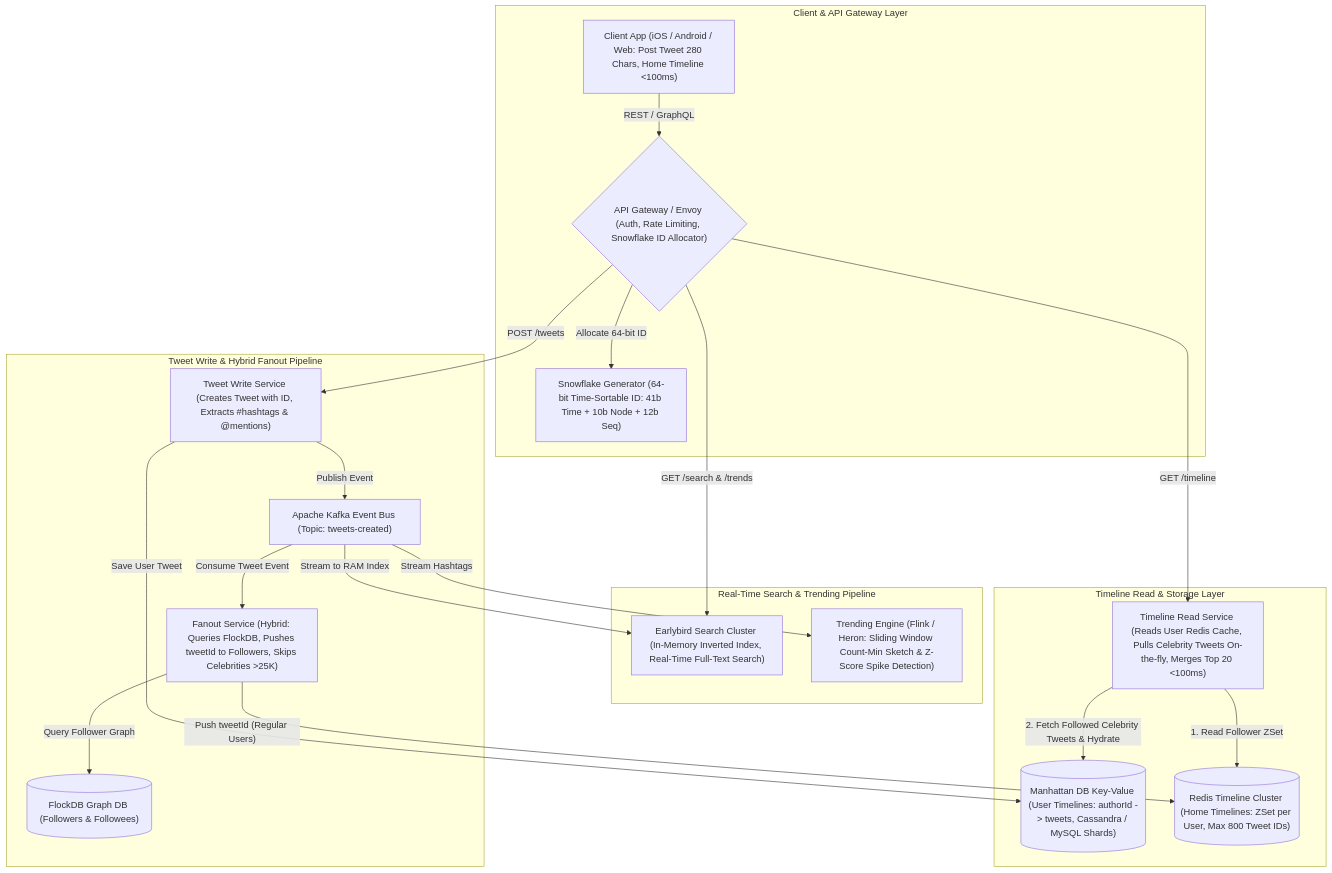
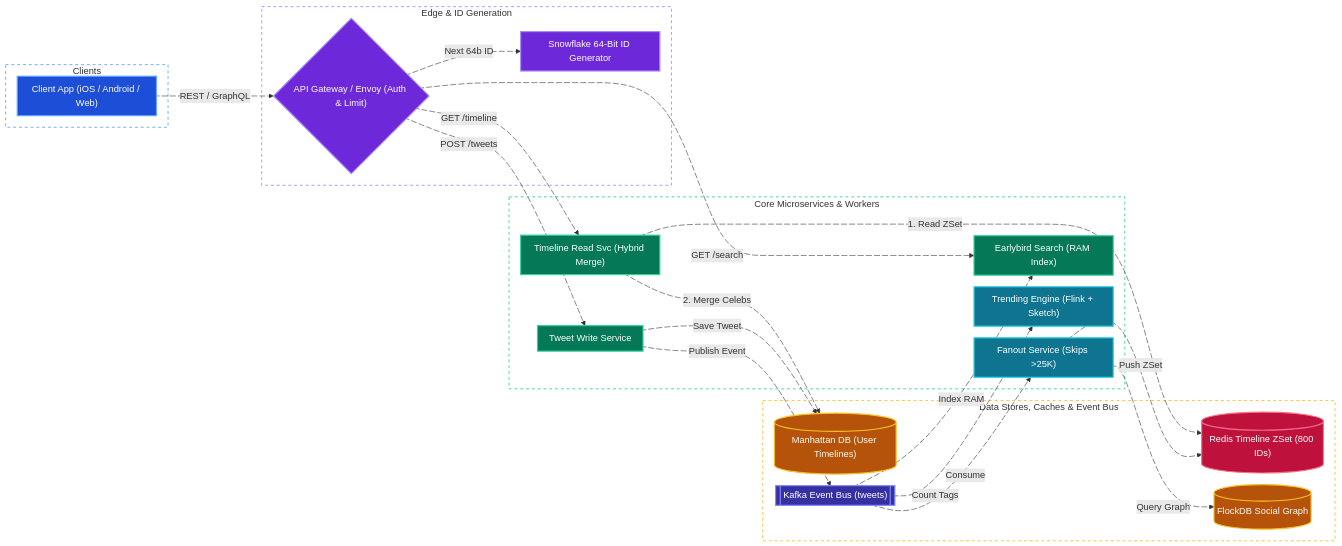
The fourth of 4 diagrams in system-design/twitter.md (tarunbatta/tech-interview-prep), drawn with Mermaid before and after one commit. The commit also changed other lines of this file and 30 other files, not shown here.

First line of the commit message:
docs(system-design): convert Mermaid flowcharts to LR with colors and animated edges

````diff
--- a/system-design/twitter.md
+++ b/system-design/twitter.md
@@ -219,37 +287,74 @@
 ```mermaid
-flowchart TD
-    subgraph Client_And_Gateway["Client & API Gateway Layer"]
-        Client["Client App (iOS / Android / Web: Post Tweet 280 Chars, Home Timeline <100ms)"]
-        Gateway{"API Gateway / Envoy (Auth, Rate Limiting, Snowflake ID Allocator)"}
-        Snowflake["Snowflake Generator (64-bit Time-Sortable ID: 41b Time + 10b Node + 12b Seq)"]
+%%{init: {'flowchart': {'nodeSpacing': 20, 'rankSpacing': 40, 'padding': 10}}}%%
+flowchart LR
+    subgraph ClientTier["Clients"]
+        Client["Client App (iOS / Android / Web)"]
     end
-    subgraph Write_And_Fanout_Pipeline["Tweet Write & Hybrid Fanout Pipeline"]
-        TweetWriteSvc["Tweet Write Service (Creates Tweet with ID, Extracts #hashtags & @mentions)"]
-        Kafka["Apache Kafka Event Bus (Topic: tweets-created)"]
-        FanoutSvc["Fanout Service (Hybrid: Queries FlockDB, Pushes tweetId to Followers, Skips Celebrities >25K)"]
-        FlockDB[("FlockDB Graph DB (Followers & Followees)")]
+    subgraph EdgeTier["Edge & ID Generation"]
+        Gateway{"API Gateway / Envoy (Auth & Limit)"}
+        Snowflake["Snowflake 64-Bit ID Generator"]
     end
-    subgraph Search_And_Trends["Real-Time Search & Trending Pipeline"]
-        Earlybird["Earlybird Search Cluster (In-Memory Inverted Index, Real-Time Full-Text Search)"]
-        TrendingSvc["Trending Engine (Flink / Heron: Sliding Window Count-Min Sketch & Z-Score Spike Detection)"]
+    subgraph CoreServices["Core Microservices & Workers"]
+        TweetWriteSvc["Tweet Write Service"]
+        TimelineReadSvc["Timeline Read Svc (Hybrid Merge)"]
+        FanoutSvc["Fanout Service (Skips >25K)"]
+        Earlybird["Earlybird Search (RAM Index)"]
+        TrendingSvc["Trending Engine (Flink + Sketch)"]
     end
-    subgraph Read_And_Storage_Layer["Timeline Read & Storage Layer"]
-        ManhattanDB[("Manhattan DB Key-Value (User Timelines: authorId -> tweets, Cassandra / MySQL Shards)")]
-        RedisTimeline[("Redis Timeline Cluster (Home Timelines: ZSet per User, Max 800 Tweet IDs)")]
-        TimelineReadSvc["Timeline Read Service (Reads User Redis Cache, Pulls Celebrity Tweets On-the-fly, Merges Top 20 <100ms)"]
+    subgraph DataAndEventTier["Data Stores, Caches & Event Bus"]
+        ManhattanDB[("Manhattan DB (User Timelines)")]
+        RedisTimeline[("Redis Timeline ZSet (800 IDs)")]
+        FlockDB[("FlockDB Social Graph")]
+        Kafka[["Kafka Event Bus (tweets)"]]
     end
-    Client -->|"REST / GraphQL"| Gateway
-    Gateway -->|"Allocate 64-bit ID"| Snowflake
-    Gateway -->|"POST /tweets"| TweetWriteSvc
-    Gateway -->|"GET /timeline"| TimelineReadSvc
-    Gateway -->|"GET /search & /trends"| Earlybird
-    TweetWriteSvc -->|"Save User Tweet"| ManhattanDB
-    TweetWriteSvc -->|"Publish Event"| Kafka
-    Kafka -->|"Consume Tweet Event"| FanoutSvc
-    Kafka -->|"Stream to RAM Index"| Earlybird
-    Kafka -->|"Stream Hashtags"| TrendingSvc
-    FanoutSvc -->|"Query Follower Graph"| FlockDB
-    FanoutSvc -->|"Push tweetId (Regular Users)"| RedisTimeline
-    TimelineReadSvc -->|"1. Read Follower ZSet"| RedisTimeline
-    TimelineReadSvc -->|"2. Fetch Followed Celebrity Tweets & Hydrate"| ManhattanDB
+    Client e1@-->|"REST / GraphQL"| Gateway
+    Gateway e2@-->|"Next 64b ID"| Snowflake
+    Gateway e3@-->|"POST /tweets"| TweetWriteSvc
+    Gateway e4@-->|"GET /timeline"| TimelineReadSvc
+    Gateway e5@-->|"GET /search"| Earlybird
+    TweetWriteSvc e6@-->|"Save Tweet"| ManhattanDB
+    TweetWriteSvc e7@-->|"Publish Event"| Kafka
+    Kafka e8@-->|"Consume"| FanoutSvc
+    Kafka e9@-->|"Index RAM"| Earlybird
+    Kafka e10@-->|"Count Tags"| TrendingSvc
+    FanoutSvc e11@-->|"Query Graph"| FlockDB
+    FanoutSvc e12@-->|"Push ZSet"| RedisTimeline
+    TimelineReadSvc e13@-->|"1. Read ZSet"| RedisTimeline
+    TimelineReadSvc e14@-->|"2. Merge Celebs"| ManhattanDB
+
+    e1@{ animate: true }
+    e2@{ animate: true }
+    e3@{ animate: true }
+    e4@{ animate: true }
+    e5@{ animate: true }
+    e6@{ animate: true }
+    e7@{ animate: true }
+    e8@{ animate: true }
+    e9@{ animate: true }
+    e10@{ animate: true }
+    e11@{ animate: true }
+    e12@{ animate: true }
+    e13@{ animate: true }
+    e14@{ animate: true }
+
+    classDef client fill:#1d4ed8,stroke:#60a5fa,stroke-width:2px,color:#ffffff
+    classDef edge fill:#6d28d9,stroke:#a78bfa,stroke-width:2px,color:#ffffff
+    classDef service fill:#047857,stroke:#34d399,stroke-width:2px,color:#ffffff
+    classDef worker fill:#0e7490,stroke:#22d3ee,stroke-width:2px,color:#ffffff
+    classDef cache fill:#be123c,stroke:#fb7185,stroke-width:2px,color:#ffffff
+    classDef storage fill:#b45309,stroke:#fbbf24,stroke-width:2px,color:#ffffff
+    classDef queue fill:#3730a3,stroke:#818cf8,stroke-width:2px,color:#ffffff
+
+    class Client client
+    class Gateway,Snowflake edge
+    class TweetWriteSvc,TimelineReadSvc,Earlybird service
+    class FanoutSvc,TrendingSvc worker
+    class RedisTimeline cache
+    class ManhattanDB,FlockDB storage
+    class Kafka queue
+
+    style ClientTier fill:transparent,stroke:#60a5fa,stroke-width:1.5px,stroke-dasharray: 5 5
+    style EdgeTier fill:transparent,stroke:#a78bfa,stroke-width:1.5px,stroke-dasharray: 5 5
+    style CoreServices fill:transparent,stroke:#34d399,stroke-width:1.5px,stroke-dasharray: 5 5
+    style DataAndEventTier fill:transparent,stroke:#fbbf24,stroke-width:1.5px,stroke-dasharray: 5 5
 ```
````
